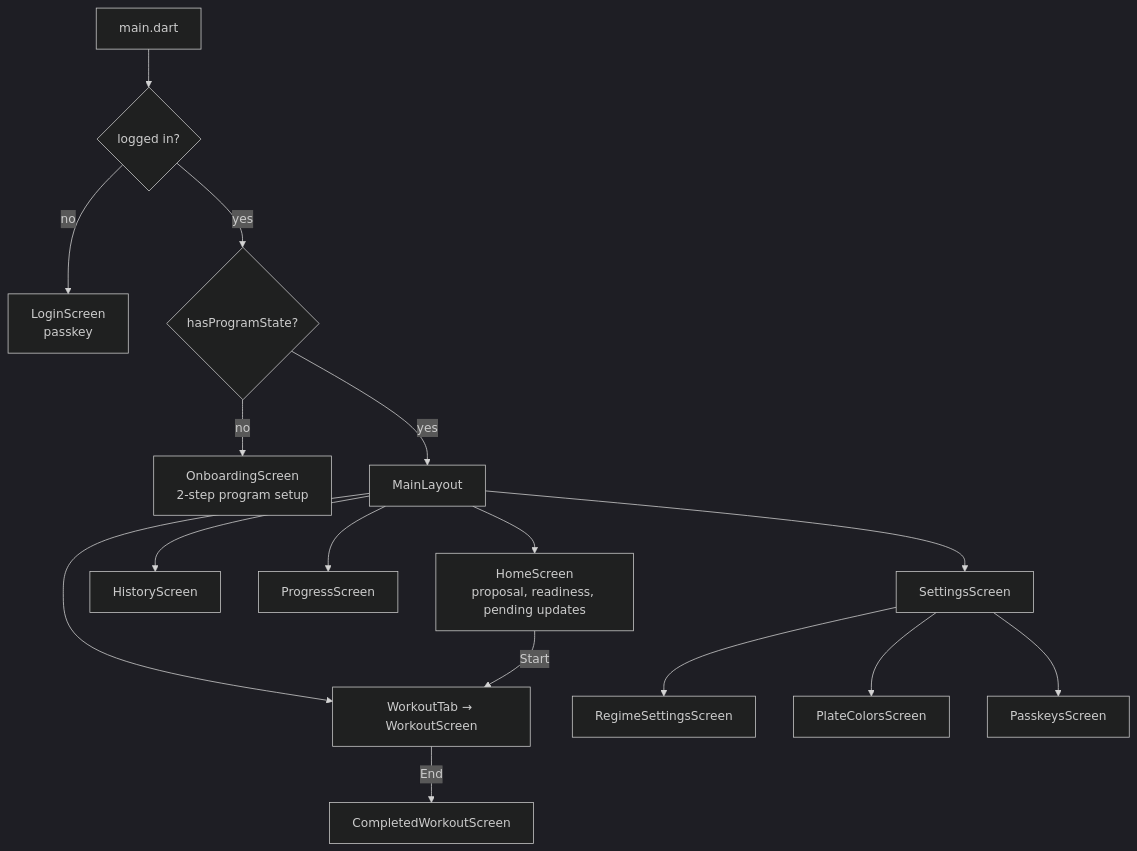
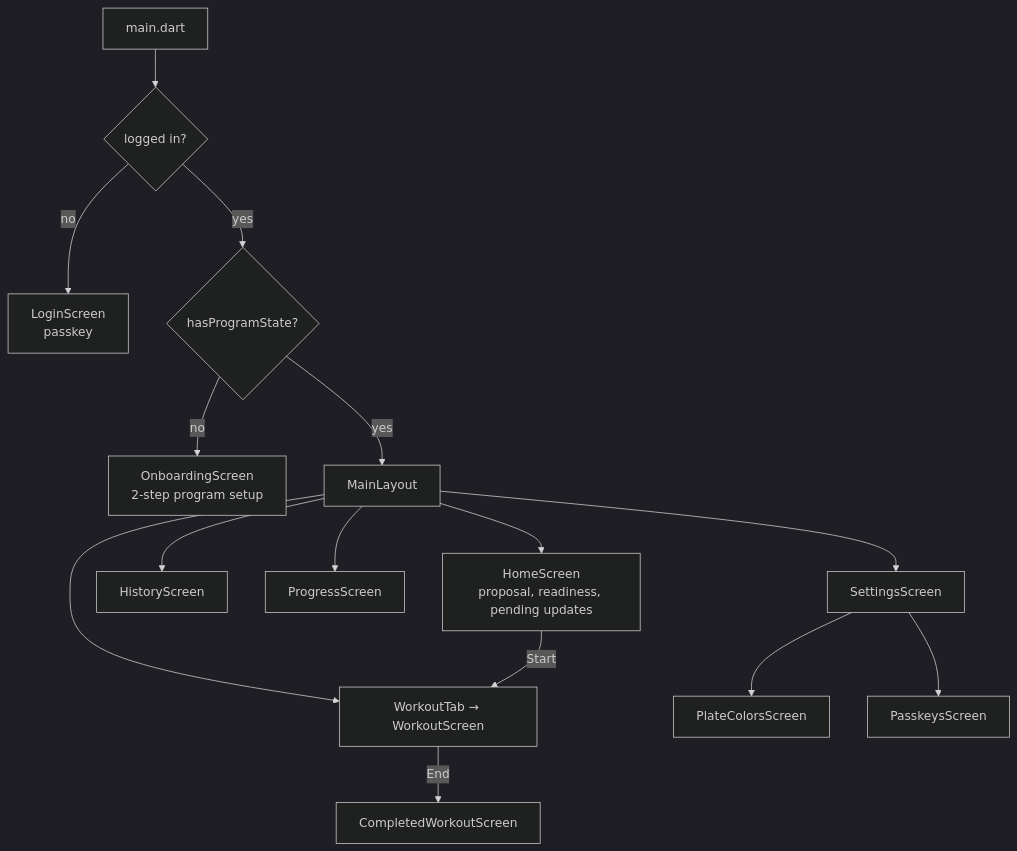
Before and after one commit to brensch/lift: the fourth of 4 diagrams in docs/architecture/app.md, drawn with Mermaid (dark theme). The commit also changed other lines of this file and 12 other files, not shown here.

First line of the commit message:
docs: architecture reference follows the cutover

````diff
--- a/docs/architecture/app.md
+++ b/docs/architecture/app.md
@@ -94,20 +94,19 @@
 ```mermaid
 graph TD
     boot["main.dart"] --> auth{"logged in?"}
     auth -->|no| login["LoginScreen<br/>passkey"]
     auth -->|yes| onb{"hasProgramState?"}
     onb -->|no| onboarding["OnboardingScreen<br/>2-step program setup"]
     onb -->|yes| shell["MainLayout"]
 
     shell --> home["HomeScreen<br/>proposal, readiness, pending updates"]
     shell --> workout["WorkoutTab → WorkoutScreen"]
     shell --> history["HistoryScreen"]
     shell --> progress["ProgressScreen"]
     shell --> settings["SettingsScreen"]
 
     home -->|"Start"| workout
     workout -->|"End"| completed["CompletedWorkoutScreen"]
-    settings --> regime["RegimeSettingsScreen"]
     settings --> plates["PlateColorsScreen"]
     settings --> passkeys["PasskeysScreen"]
 ```
````
